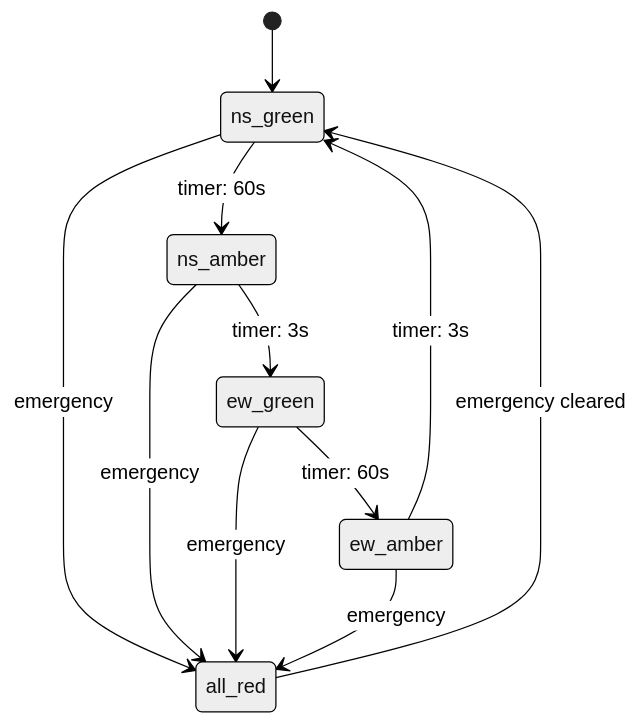
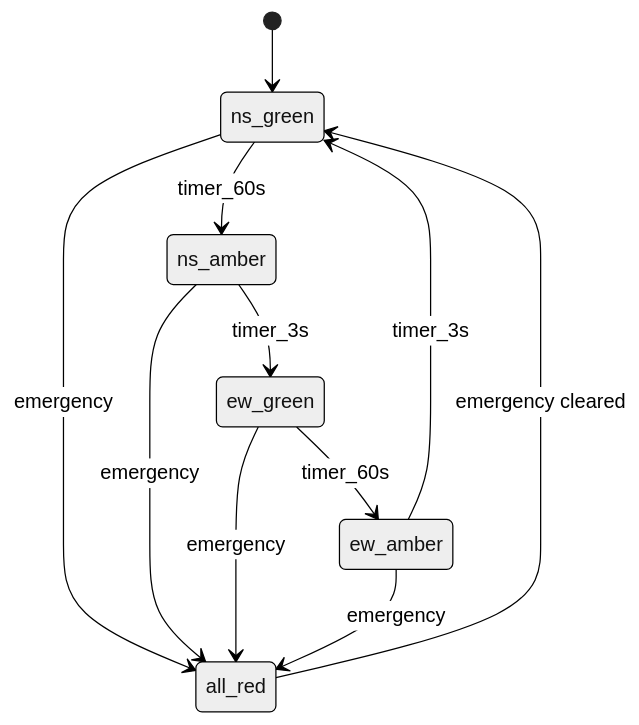
One commit to JoyceLeng/SystemVerilog_practice changed the diagram in fsm/traffic_light/README.md. Above: the diagram before and after it, drawn with Mermaid (neutral theme).

Commit message:
Traffic Light FSM

````diff
--- a/fsm/traffic_light/README.md
+++ b/fsm/traffic_light/README.md
@@ -4,17 +4,17 @@
 ```mermaid
 stateDiagram-v2
 
 [*] --> ns_green
 
-ns_green --> ns_amber: timer: 60s
-ns_amber --> ew_green: timer: 3s
-ew_green --> ew_amber: timer: 60s
-ew_amber --> ns_green: timer: 3s
+ns_green --> ns_amber: timer_60s
+ns_amber --> ew_green: timer_3s
+ew_green --> ew_amber: timer_60s
+ew_amber --> ns_green: timer_3s
 
 ns_green --> all_red: emergency
 ns_amber --> all_red: emergency
 ew_green --> all_red: emergency
 ew_amber --> all_red: emergency
 
 all_red --> ns_green: emergency cleared
 ```
````
